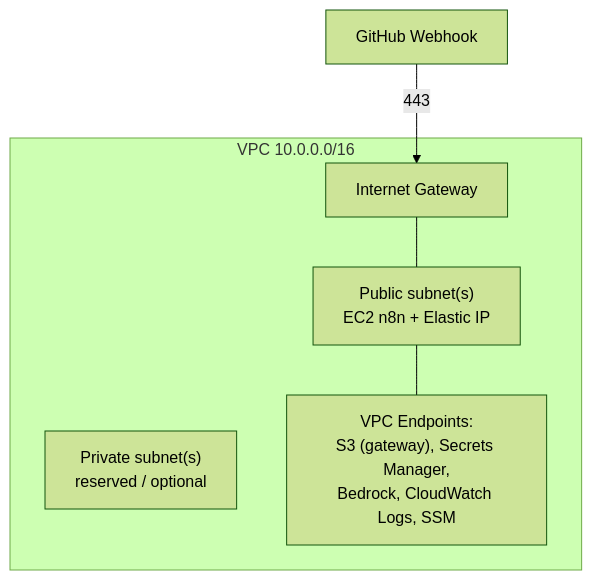
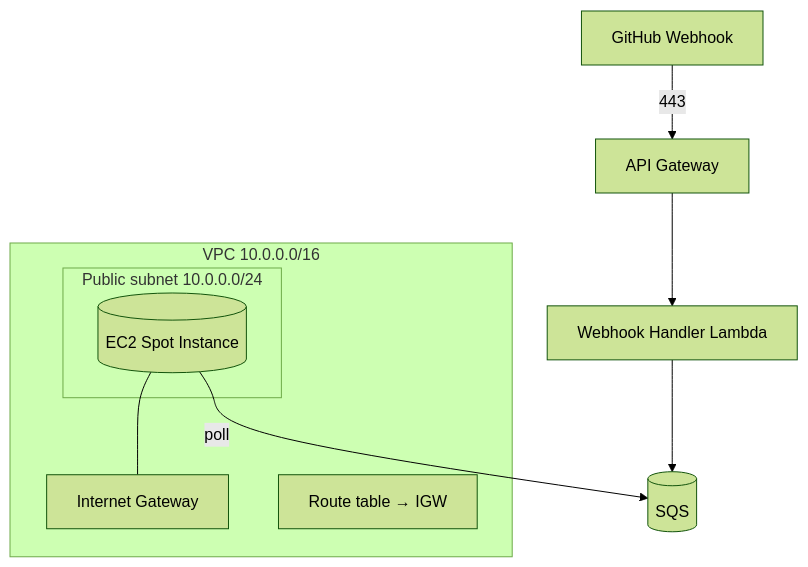
Before and after one commit to teddynted/ai-github-repository-blog-generator: the diagram in docs/infrastructure.md, drawn with Mermaid (forest theme). The commit also changed other lines of this file and 12 other files, not shown here.

First line of the commit message:
docs: pivot to self-hosted OpenClaw + Ollama + EC2 Spot architecture

````diff
--- a/docs/infrastructure.md
+++ b/docs/infrastructure.md
@@ -113,12 +29,15 @@
 ```mermaid
 flowchart TB
-    GH[GitHub Webhook] -->|443| IGW
+    GH[GitHub Webhook] -->|443| APIGW[API Gateway]
+    APIGW --> LH[Webhook Handler Lambda]
+    LH --> SQS[(SQS)]
     subgraph VPC["VPC 10.0.0.0/16"]
         IGW[Internet Gateway]
-        PUB["Public subnet(s)<br/>EC2 n8n + Elastic IP"]
-        PRIV["Private subnet(s)<br/>reserved / optional"]
-        VPCE["VPC Endpoints:<br/>S3 (gateway), Secrets Manager,<br/>Bedrock, CloudWatch Logs, SSM"]
+        subgraph PUB["Public subnet 10.0.0.0/24"]
+            EC2[(EC2 Spot Instance)]
+        end
+        RT[Route table → IGW]
     end
-    IGW --- PUB
-    PUB --- VPCE
+    EC2 --- IGW
+    EC2 -->|poll| SQS
 ```
````
